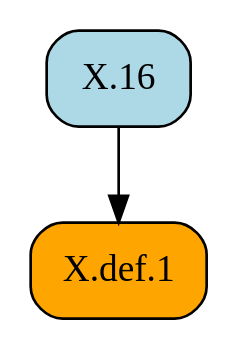
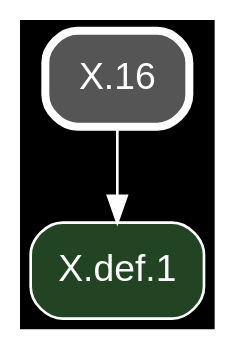
Before and after one commit to geometor/elements: the diagram in docsrc/heath/X/16/index.rst, drawn with Graphviz. The commit also changed other lines of this file and 1200 other files, not shown here.

Commit message:
update dependency graphs

```diff
--- a/docsrc/heath/X/16/index.rst
+++ b/docsrc/heath/X/16/index.rst
@@ -73,9 +73,11 @@
 .. graphviz::
 
    digraph {
+     bgcolor="black";
+     node [shape=box, style="rounded,filled", fontname="Helvetica", color="white", fontcolor="white"];
+     edge [color="white", fontcolor="white"];
      rankdir="TB";
-     node [shape=box, style=rounded];
-     "X.def.1" [style="rounded,filled", fillcolor=orange, URL="/heath/X/def.1/", target="_top"];
-     "X.16" [style="rounded,filled", fillcolor=lightblue, URL="/heath/X/16/", target="_top"];
+     "X.16" [penwidth=3, color="white", fillcolor="#555555", URL="/heath/X/16/", target="_top"];
+     "X.def.1" [fillcolor="#224422", URL="/heath/X/def.1/", target="_top"];
      "X.16" -> "X.def.1";
    }
```
